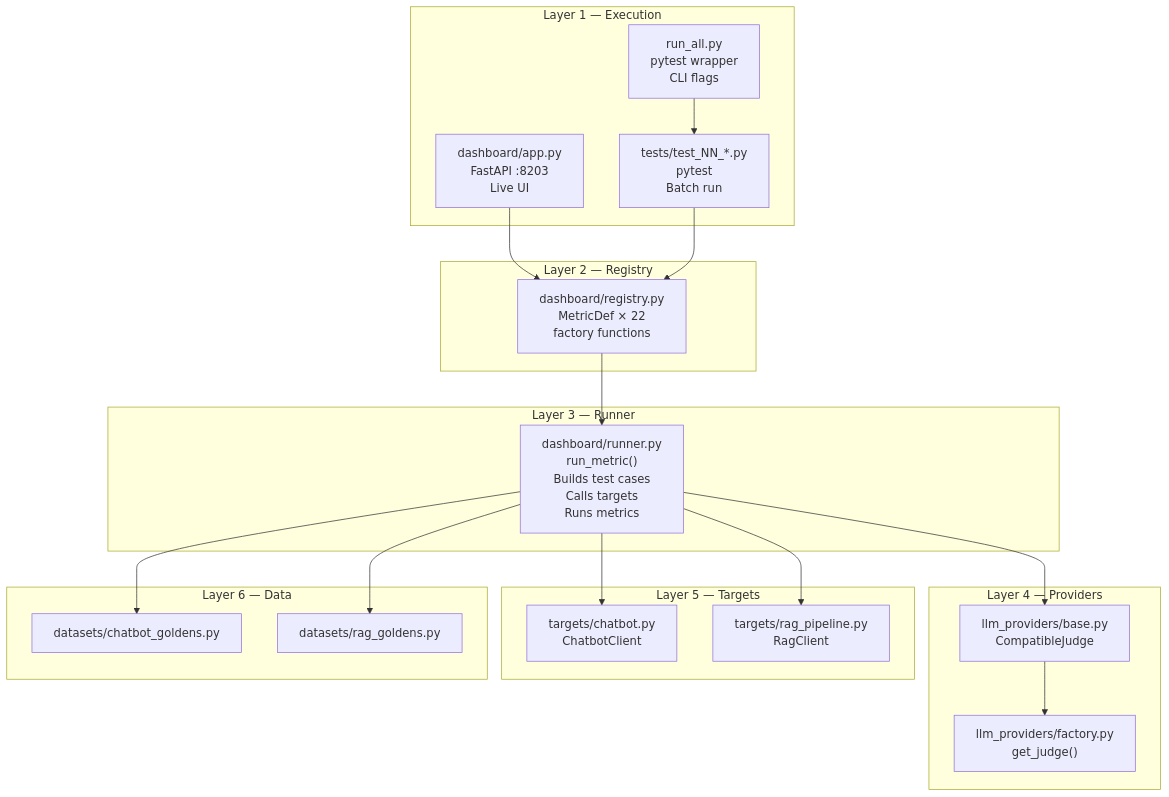
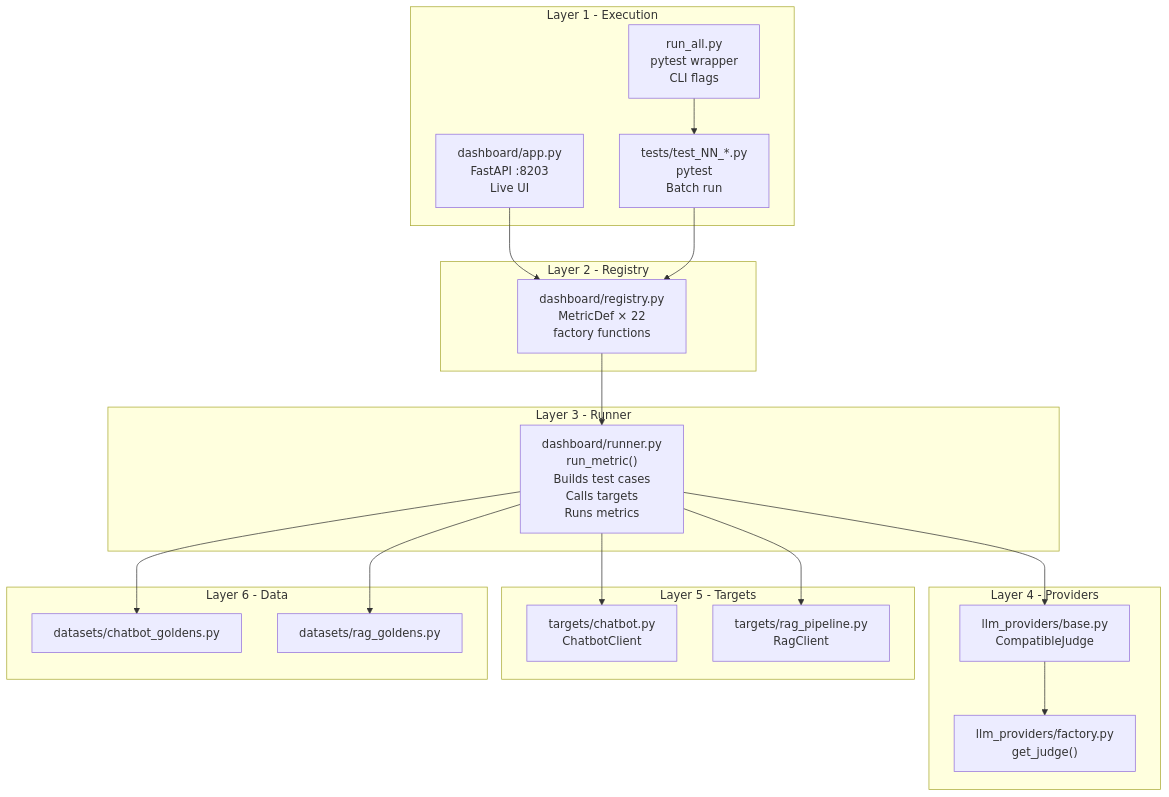
One commit to nitingawali148/DeepEvAL-Framework changed the second of 14 diagrams in 03_deepeval_framework.md. Above: the diagram before and after it, drawn with Mermaid. The commit also changed 3 other files, not shown here.

First line of the commit message:
Fix Mermaid subgraph rendering: replace em dashes with hyphens

````diff
--- a/03_deepeval_framework.md
+++ b/03_deepeval_framework.md
@@ -55,42 +55,42 @@
 ```mermaid
 graph TD
-    subgraph "Layer 1 — Execution"
+    subgraph "Layer 1 - Execution"
         DASH["dashboard/app.py\nFastAPI :8203\nLive UI"]
         PYTEST["tests/test_NN_*.py\npytest\nBatch run"]
         CLI["run_all.py\npytest wrapper\nCLI flags"]
     end
 
-    subgraph "Layer 2 — Registry"
+    subgraph "Layer 2 - Registry"
         REG["dashboard/registry.py\nMetricDef × 22\nfactory functions"]
     end
 
-    subgraph "Layer 3 — Runner"
+    subgraph "Layer 3 - Runner"
         RUN["dashboard/runner.py\nrun_metric()\nBuilds test cases\nCalls targets\nRuns metrics"]
     end
 
-    subgraph "Layer 4 — Providers"
+    subgraph "Layer 4 - Providers"
         BASE["llm_providers/base.py\nCompatibleJudge"]
         FACT["llm_providers/factory.py\nget_judge()"]
     end
 
-    subgraph "Layer 5 — Targets"
+    subgraph "Layer 5 - Targets"
         CBOT["targets/chatbot.py\nChatbotClient"]
         RAGC["targets/rag_pipeline.py\nRagClient"]
     end
 
-    subgraph "Layer 6 — Data"
+    subgraph "Layer 6 - Data"
         CGD["datasets/chatbot_goldens.py"]
         RGD["datasets/rag_goldens.py"]
     end
 
     DASH --> REG
     PYTEST --> REG
     CLI --> PYTEST
     REG --> RUN
     RUN --> BASE
     RUN --> CBOT
     RUN --> RAGC
     BASE --> FACT
     RUN --> CGD
     RUN --> RGD
 ```
````
